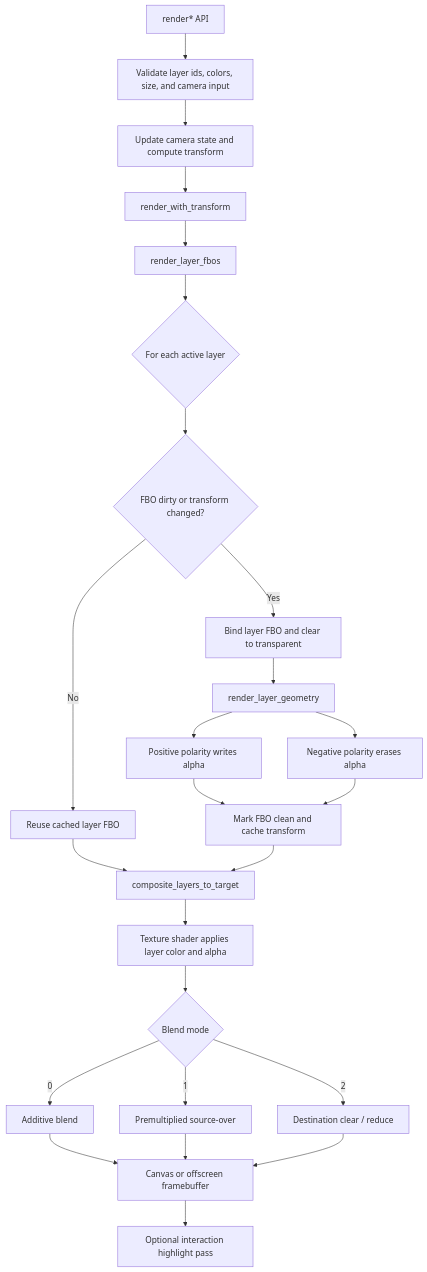
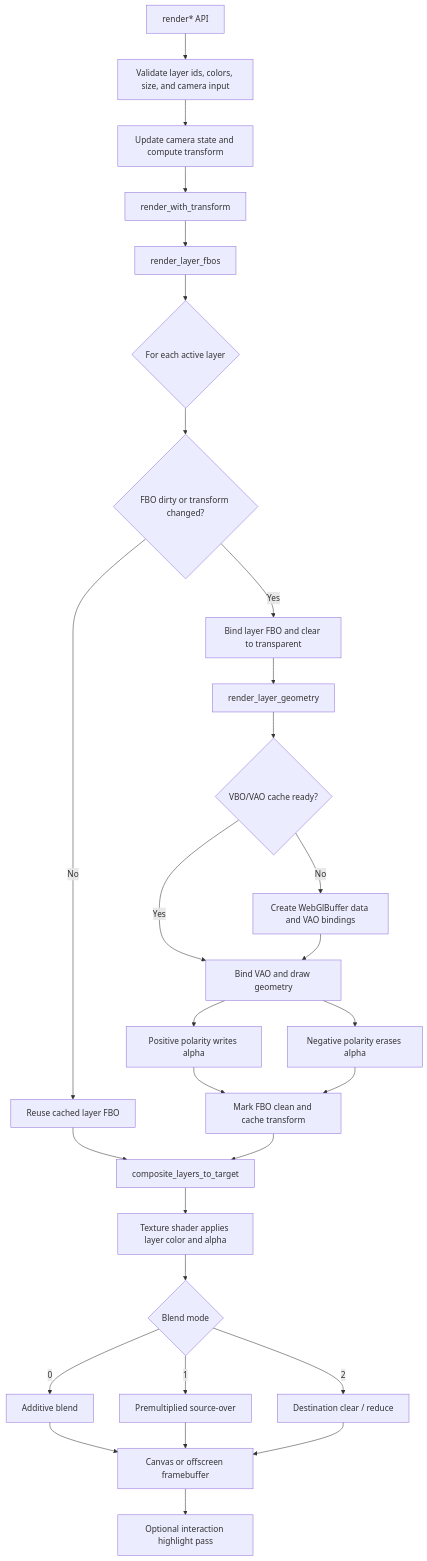
Before and after one commit to TerryHoCQ/wasm-gerber-viewer: the second of 2 diagrams in wasm/README.md, drawn with Mermaid. The commit also changed other lines of this file, not shown here.

Commit message:
Document renderer GPU buffer cache

````diff
--- a/wasm/README.md
+++ b/wasm/README.md
@@ -243,29 +243,33 @@
 ```mermaid
 flowchart TD
   RenderCall["render* API"] --> Validate["Validate layer ids, colors, size, and camera input"]
   Validate --> Camera["Update camera state and compute transform"]
   Camera --> RenderWithTransform["render_with_transform"]
   RenderWithTransform --> LayerFbos["render_layer_fbos"]
 
   LayerFbos --> PerLayer{"For each active layer"}
   PerLayer --> DirtyCheck{"FBO dirty or transform changed?"}
   DirtyCheck -->|No| Reuse["Reuse cached layer FBO"]
   DirtyCheck -->|Yes| BindFbo["Bind layer FBO and clear to transparent"]
   BindFbo --> Geometry["render_layer_geometry"]
-  Geometry --> Positive["Positive polarity writes alpha"]
-  Geometry --> Negative["Negative polarity erases alpha"]
-  Positive --> Cache["Mark FBO clean and cache transform"]
-  Negative --> Cache
+  Geometry --> BufferCache{"VBO/VAO cache ready?"}
+  BufferCache -->|No| Upload["Create WebGlBuffer data and VAO bindings"]
+  BufferCache -->|Yes| Draw["Bind VAO and draw geometry"]
+  Upload --> Draw
+  Draw --> Positive["Positive polarity writes alpha"]
+  Draw --> Negative["Negative polarity erases alpha"]
+  Positive --> FboCache["Mark FBO clean and cache transform"]
+  Negative --> FboCache
 
   Reuse --> Composite["composite_layers_to_target"]
-  Cache --> Composite
+  FboCache --> Composite
   Composite --> TextureShader["Texture shader applies layer color and alpha"]
   TextureShader --> BlendMode{"Blend mode"}
   BlendMode -->|0| Additive["Additive blend"]
   BlendMode -->|1| SourceOver["Premultiplied source-over"]
   BlendMode -->|2| ClearReduce["Destination clear / reduce"]
   Additive --> Target["Canvas or offscreen framebuffer"]
   SourceOver --> Target
   ClearReduce --> Target
   Target --> OptionalHighlight["Optional interaction highlight pass"]
 ```
````
